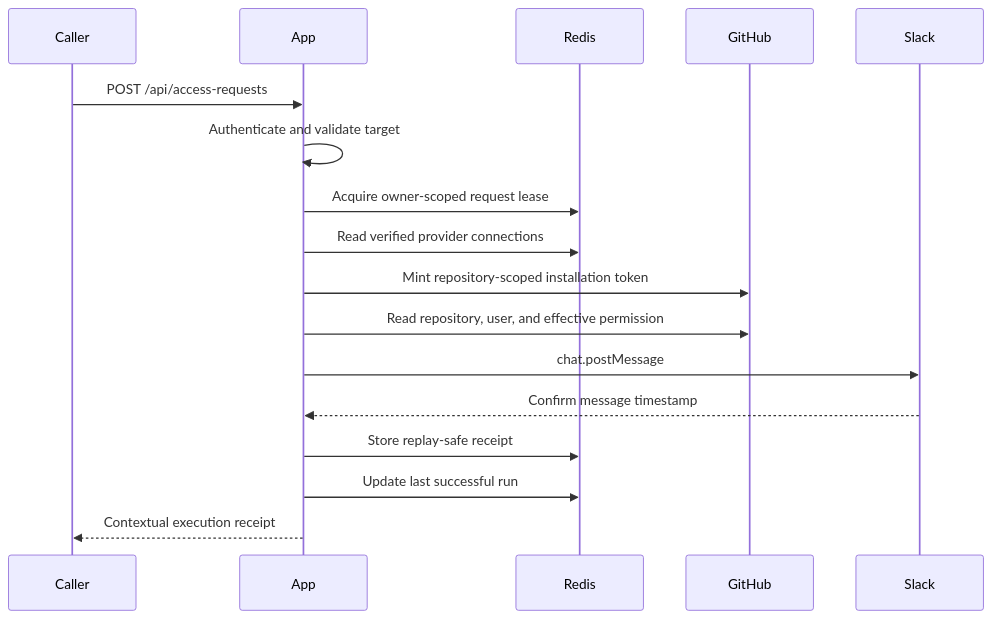
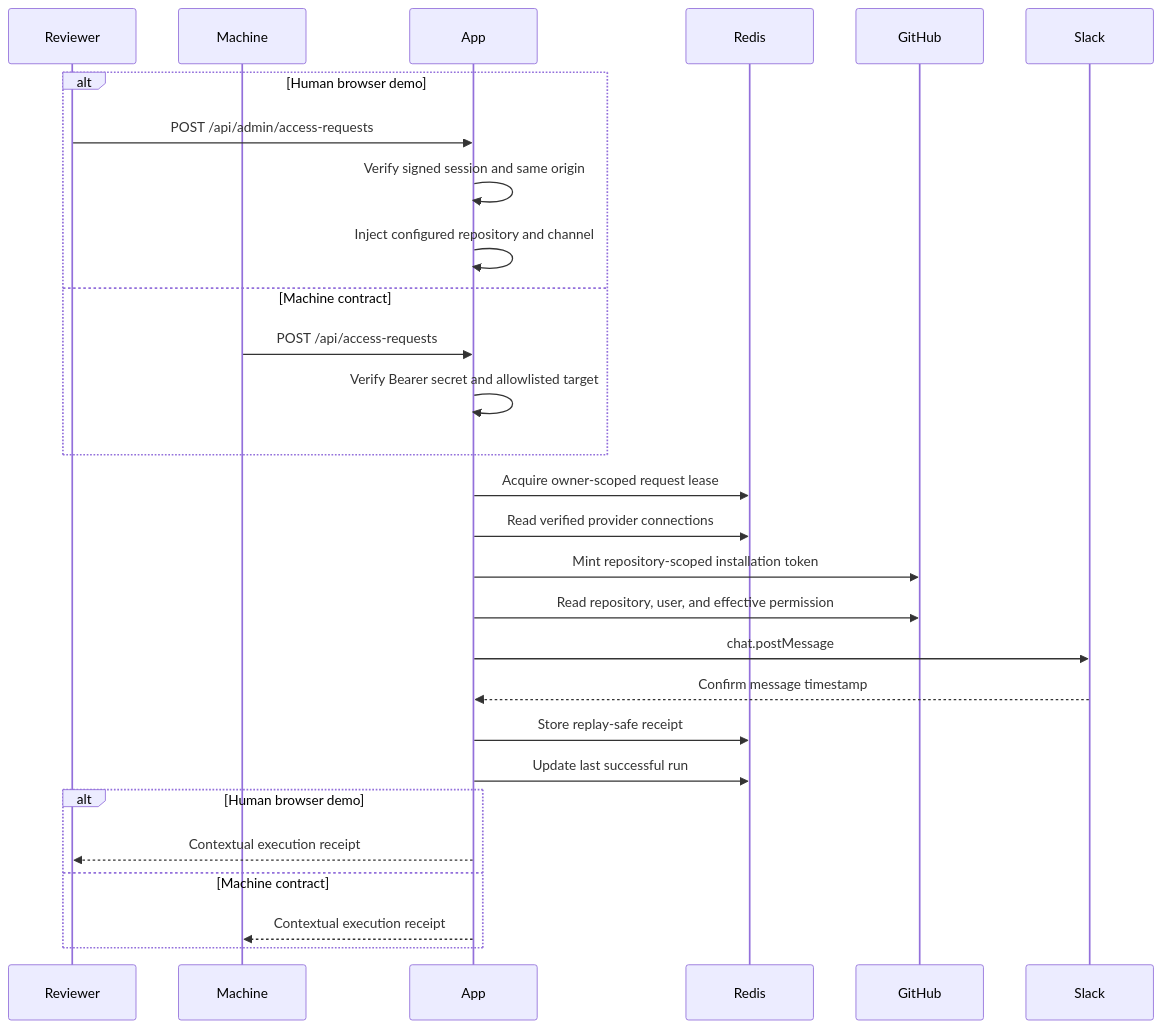
Before and after one commit to drinman/github-access-triage: the first of 2 diagrams in docs/technical-design.md, drawn with Mermaid. The commit also changed other lines of this file and 15 other files, not shown here.

Commit message:
feat: add admin access-check runner

````diff
--- a/docs/technical-design.md
+++ b/docs/technical-design.md
@@ -8,20 +8,31 @@
 ```mermaid
 sequenceDiagram
-  participant Caller
+  participant Reviewer
+  participant Machine
   participant App
   participant Redis
   participant GitHub
   participant Slack
 
-  Caller->>App: POST /api/access-requests
-  App->>App: Authenticate and validate target
+  alt Human browser demo
+    Reviewer->>App: POST /api/admin/access-requests
+    App->>App: Verify signed session and same origin
+    App->>App: Inject configured repository and channel
+  else Machine contract
+    Machine->>App: POST /api/access-requests
+    App->>App: Verify Bearer secret and allowlisted target
+  end
   App->>Redis: Acquire owner-scoped request lease
   App->>Redis: Read verified provider connections
   App->>GitHub: Mint repository-scoped installation token
   App->>GitHub: Read repository, user, and effective permission
   App->>Slack: chat.postMessage
   Slack-->>App: Confirm message timestamp
   App->>Redis: Store replay-safe receipt
   App->>Redis: Update last successful run
-  App-->>Caller: Contextual execution receipt
+  alt Human browser demo
+    App-->>Reviewer: Contextual execution receipt
+  else Machine contract
+    App-->>Machine: Contextual execution receipt
+  end
 ```
````
